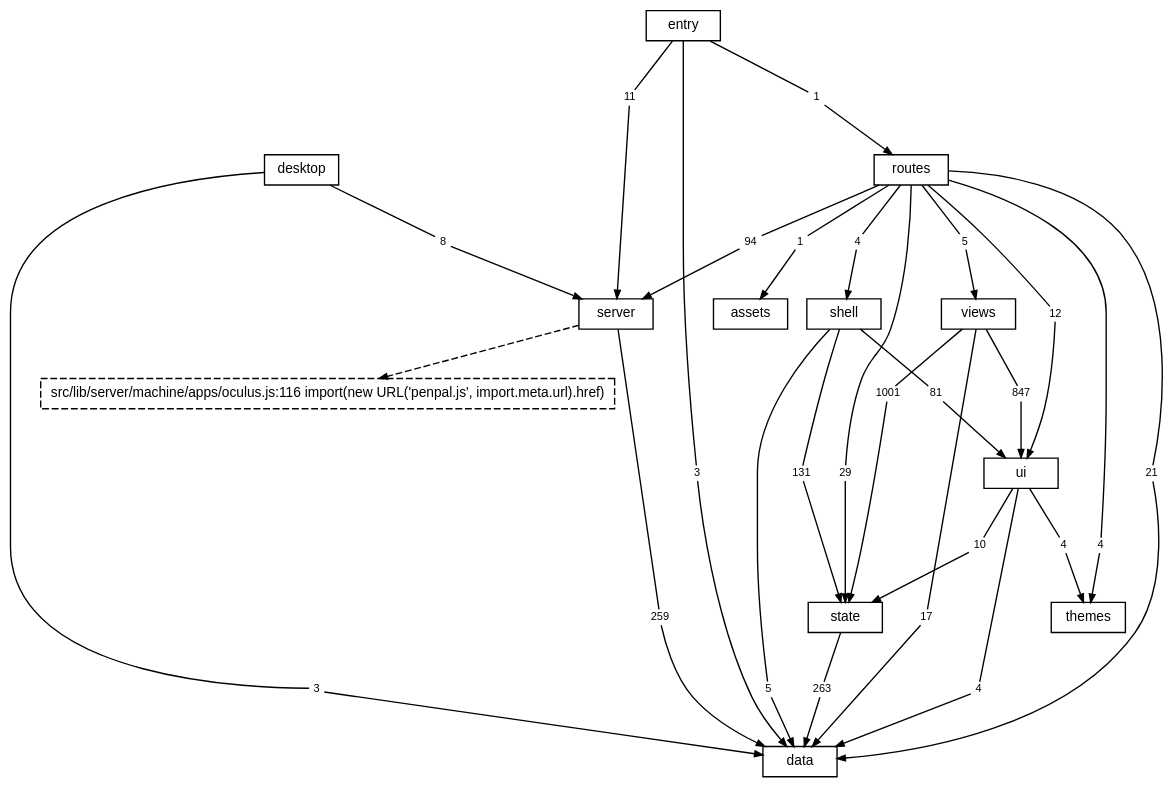
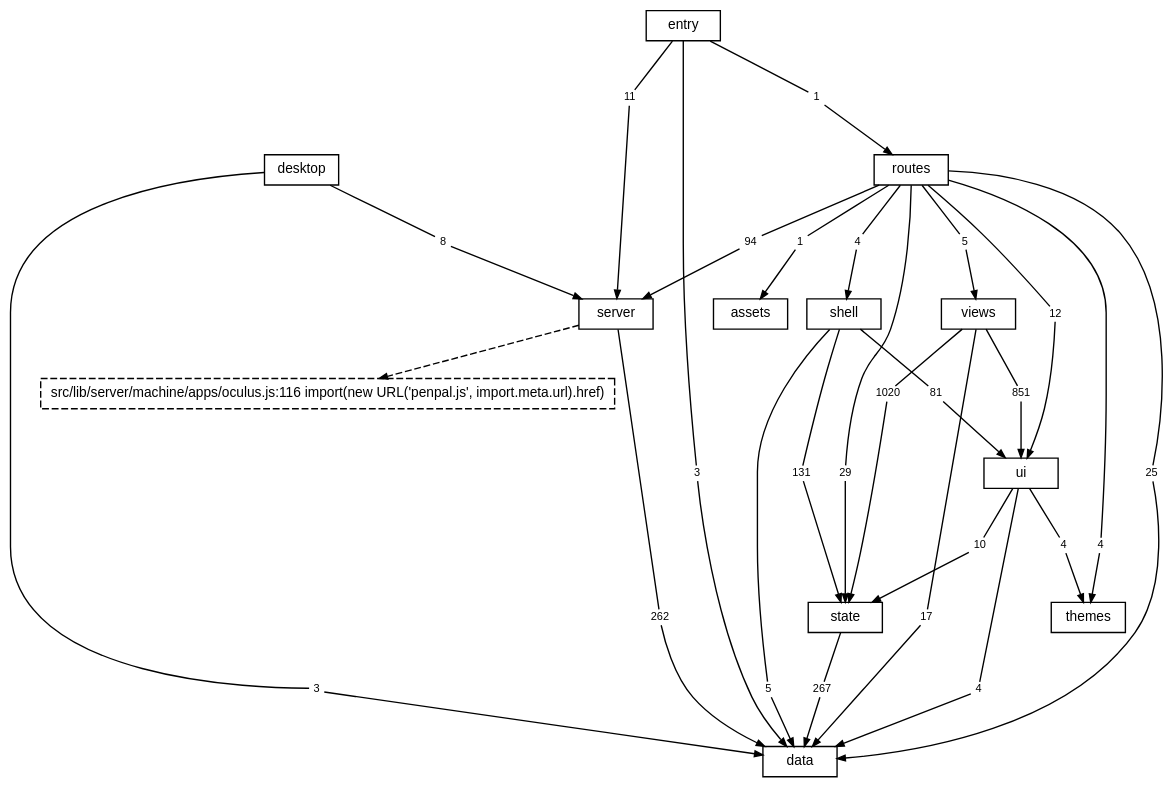
The diagram in docs/diagrams/layers.dot (TheAxeC/oculus), drawn with Graphviz before and after one commit. The commit also changed 218 other files, not shown here.

```diff
--- a/docs/diagrams/layers.dot
+++ b/docs/diagrams/layers.dot
@@ -1,90 +1,90 @@
 digraph layers {
     graph [bgcolor="transparent", rankdir=TB, newrank=true, fontname="Helvetica,Arial,sans-serif", fontsize=12, nodesep=0.2, ranksep=0.5];
     node [shape=box, color="black", fontcolor="black", fontname="Helvetica,Arial,sans-serif", fontsize=10, height=0.3, margin="0.12,0.04"];
     edge [color="black", fontcolor="black", fontname="Helvetica,Arial,sans-serif", fontsize=8, arrowsize=0.6];
     "data";
     "server";
     "state";
     "ui";
     "shell";
     "views";
     "themes";
     "routes";
     "desktop";
     "src" [label="entry"];
     "files: assets" [label="assets"];
     "? src/lib/server/machine/apps/oculus.js:116" [label="src/lib/server/machine/apps/oculus.js:116 import(new URL('penpal.js', import.meta.url).href)", style=dashed];
     "desktop to data" [label="3", shape=box, color="transparent", fontsize=8, width=0, height=0, margin="0.04,0.02"];
     "desktop" -> "desktop to data" [arrowhead=none];
     "desktop to data" -> "data" [];
     "desktop to server" [label="8", shape=box, color="transparent", fontsize=8, width=0, height=0, margin="0.04,0.02"];
     "desktop" -> "desktop to server" [arrowhead=none];
     "desktop to server" -> "server" [];
-    "routes to data" [label="21", shape=box, color="transparent", fontsize=8, width=0, height=0, margin="0.04,0.02"];
+    "routes to data" [label="25", shape=box, color="transparent", fontsize=8, width=0, height=0, margin="0.04,0.02"];
     "routes" -> "routes to data" [arrowhead=none];
     "routes to data" -> "data" [];
     "routes to files: assets" [label="1", shape=box, color="transparent", fontsize=8, width=0, height=0, margin="0.04,0.02"];
     "routes" -> "routes to files: assets" [arrowhead=none];
     "routes to files: assets" -> "files: assets" [];
     "routes to server" [label="94", shape=box, color="transparent", fontsize=8, width=0, height=0, margin="0.04,0.02"];
     "routes" -> "routes to server" [arrowhead=none];
     "routes to server" -> "server" [];
     "routes to shell" [label="4", shape=box, color="transparent", fontsize=8, width=0, height=0, margin="0.04,0.02"];
     "routes" -> "routes to shell" [arrowhead=none];
     "routes to shell" -> "shell" [];
     "routes to state" [label="29", shape=box, color="transparent", fontsize=8, width=0, height=0, margin="0.04,0.02"];
     "routes" -> "routes to state" [arrowhead=none];
     "routes to state" -> "state" [];
     "routes to themes" [label="4", shape=box, color="transparent", fontsize=8, width=0, height=0, margin="0.04,0.02"];
     "routes" -> "routes to themes" [arrowhead=none];
     "routes to themes" -> "themes" [];
     "routes to ui" [label="12", shape=box, color="transparent", fontsize=8, width=0, height=0, margin="0.04,0.02"];
     "routes" -> "routes to ui" [arrowhead=none];
     "routes to ui" -> "ui" [];
     "routes to views" [label="5", shape=box, color="transparent", fontsize=8, width=0, height=0, margin="0.04,0.02"];
     "routes" -> "routes to views" [arrowhead=none];
     "routes to views" -> "views" [];
-    "server to data" [label="259", shape=box, color="transparent", fontsize=8, width=0, height=0, margin="0.04,0.02"];
+    "server to data" [label="262", shape=box, color="transparent", fontsize=8, width=0, height=0, margin="0.04,0.02"];
     "server" -> "server to data" [arrowhead=none];
     "server to data" -> "data" [];
     "shell to data" [label="5", shape=box, color="transparent", fontsize=8, width=0, height=0, margin="0.04,0.02"];
     "shell" -> "shell to data" [arrowhead=none];
     "shell to data" -> "data" [];
     "shell to state" [label="131", shape=box, color="transparent", fontsize=8, width=0, height=0, margin="0.04,0.02"];
     "shell" -> "shell to state" [arrowhead=none];
     "shell to state" -> "state" [];
     "shell to ui" [label="81", shape=box, color="transparent", fontsize=8, width=0, height=0, margin="0.04,0.02"];
     "shell" -> "shell to ui" [arrowhead=none];
     "shell to ui" -> "ui" [];
     "src to data" [label="3", shape=box, color="transparent", fontsize=8, width=0, height=0, margin="0.04,0.02"];
     "src" -> "src to data" [arrowhead=none];
     "src to data" -> "data" [];
     "src to routes" [label="1", shape=box, color="transparent", fontsize=8, width=0, height=0, margin="0.04,0.02"];
     "src" -> "src to routes" [arrowhead=none];
     "src to routes" -> "routes" [];
     "src to server" [label="11", shape=box, color="transparent", fontsize=8, width=0, height=0, margin="0.04,0.02"];
     "src" -> "src to server" [arrowhead=none];
     "src to server" -> "server" [];
-    "state to data" [label="263", shape=box, color="transparent", fontsize=8, width=0, height=0, margin="0.04,0.02"];
+    "state to data" [label="267", shape=box, color="transparent", fontsize=8, width=0, height=0, margin="0.04,0.02"];
     "state" -> "state to data" [arrowhead=none];
     "state to data" -> "data" [];
     "ui to data" [label="4", shape=box, color="transparent", fontsize=8, width=0, height=0, margin="0.04,0.02"];
     "ui" -> "ui to data" [arrowhead=none];
     "ui to data" -> "data" [];
     "ui to state" [label="10", shape=box, color="transparent", fontsize=8, width=0, height=0, margin="0.04,0.02"];
     "ui" -> "ui to state" [arrowhead=none];
     "ui to state" -> "state" [];
     "ui to themes" [label="4", shape=box, color="transparent", fontsize=8, width=0, height=0, margin="0.04,0.02"];
     "ui" -> "ui to themes" [arrowhead=none];
     "ui to themes" -> "themes" [];
     "views to data" [label="17", shape=box, color="transparent", fontsize=8, width=0, height=0, margin="0.04,0.02"];
     "views" -> "views to data" [arrowhead=none];
     "views to data" -> "data" [];
-    "views to state" [label="1001", shape=box, color="transparent", fontsize=8, width=0, height=0, margin="0.04,0.02"];
+    "views to state" [label="1020", shape=box, color="transparent", fontsize=8, width=0, height=0, margin="0.04,0.02"];
     "views" -> "views to state" [arrowhead=none];
     "views to state" -> "state" [];
-    "views to ui" [label="847", shape=box, color="transparent", fontsize=8, width=0, height=0, margin="0.04,0.02"];
+    "views to ui" [label="851", shape=box, color="transparent", fontsize=8, width=0, height=0, margin="0.04,0.02"];
     "views" -> "views to ui" [arrowhead=none];
     "views to ui" -> "ui" [];
     "server" -> "? src/lib/server/machine/apps/oculus.js:116" [style=dashed];
 }
```
